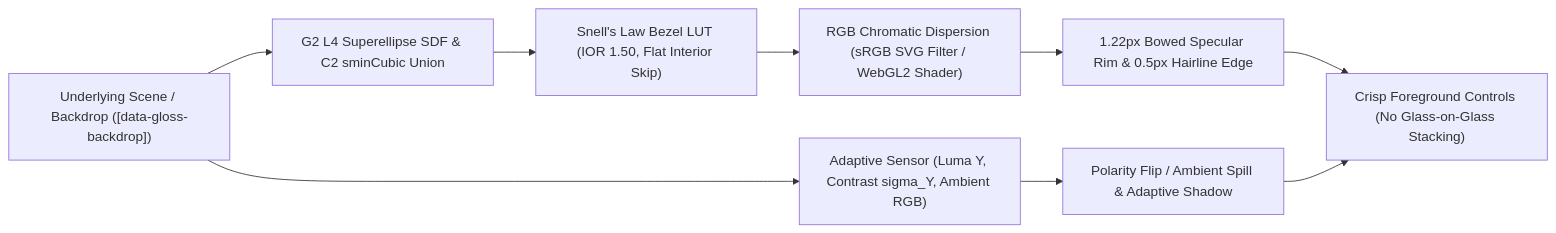
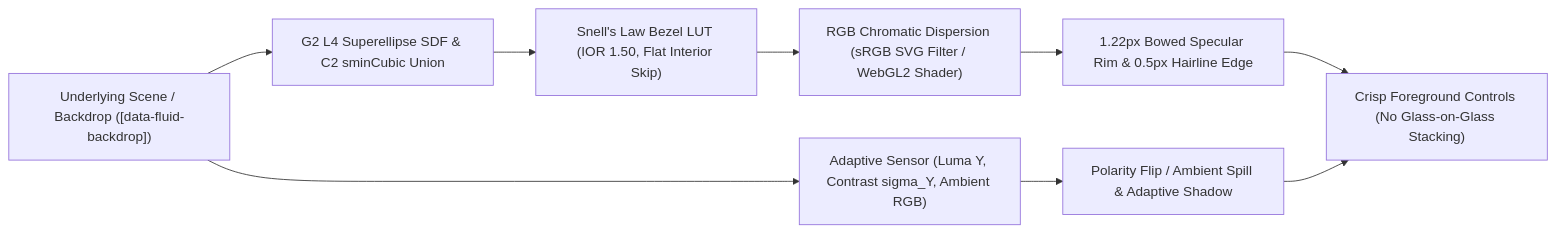
One commit to kicode01/trueglass changed the diagram in README.md. Above: the diagram before and after it, drawn with Mermaid. The commit also changed other lines of this file and 10 other files, not shown here.

````diff
--- a/README.md
+++ b/README.md
@@ -23,11 +26,11 @@
 ```mermaid
 flowchart LR
-  BG["Underlying Scene / Backdrop ([data-gloss-backdrop])"] --> SDF["G2 L4 Superellipse SDF & C2 sminCubic Union"]
+  BG["Underlying Scene / Backdrop ([data-fluid-backdrop])"] --> SDF["G2 L4 Superellipse SDF & C2 sminCubic Union"]
   SDF --> LUT["Snell's Law Bezel LUT (IOR 1.50, Flat Interior Skip)"]
   LUT --> DISP["RGB Chromatic Dispersion (sRGB SVG Filter / WebGL2 Shader)"]
   BG --> SENSOR["Adaptive Sensor (Luma Y, Contrast sigma_Y, Ambient RGB)"]
   SENSOR --> POLARITY["Polarity Flip / Ambient Spill & Adaptive Shadow"]
   DISP --> RIM["1.22px Bowed Specular Rim & 0.5px Hairline Edge"]
   RIM --> OUT["Crisp Foreground Controls (No Glass-on-Glass Stacking)"]
   POLARITY --> OUT
 ```
````
